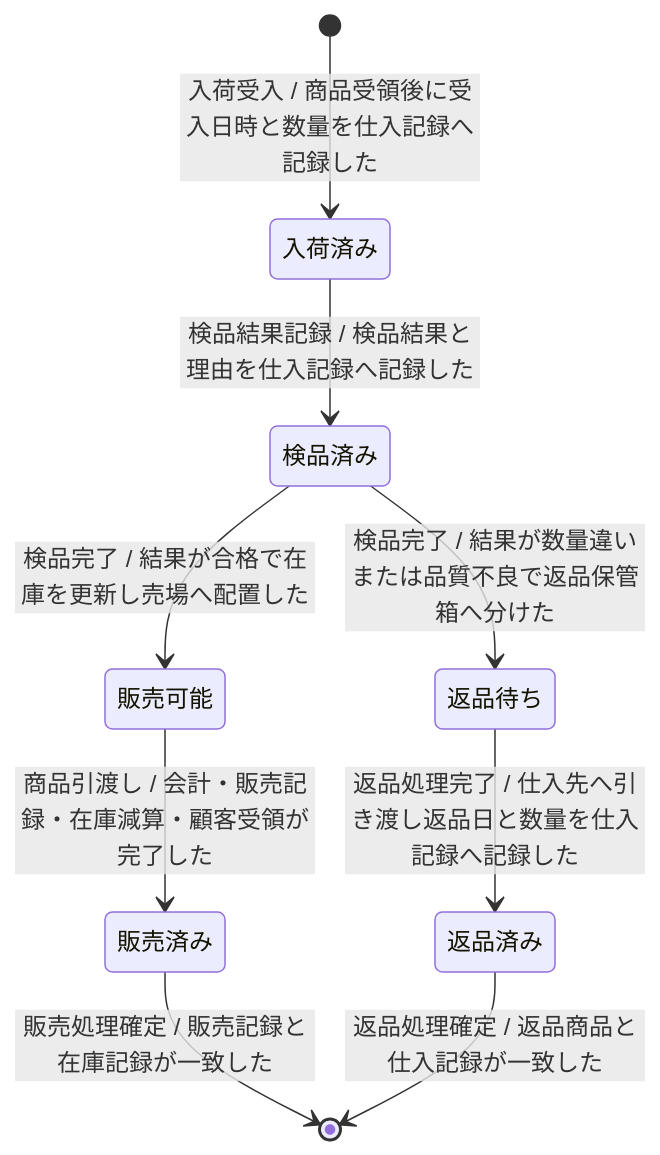
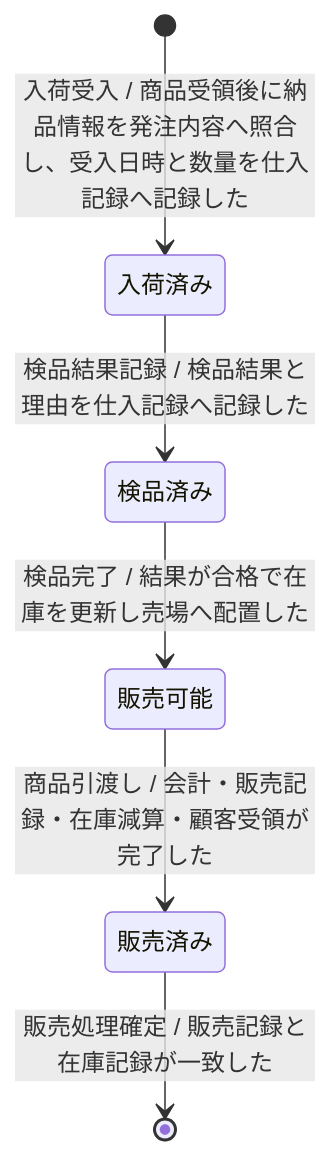
Before and after one commit to specdojo/specdojo: the first of 2 diagrams in docs/ja/specdojo/samples/stsd-sample.md, drawn with Mermaid. The commit also changed other lines of this file and 4 other files, not shown here.

Commit message:
exec(register PJR-KM8C): stsd の sample に、分割した状態遷移図の例を足す

````diff
--- a/docs/ja/specdojo/samples/stsd-sample.md
+++ b/docs/ja/specdojo/samples/stsd-sample.md
@@ -35,11 +39,12 @@
 ```mermaid
 stateDiagram-v2
-  [*] --> 入荷済み : 入荷受入 / 商品受領後に受入日時と数量を仕入記録へ記録した
-  入荷済み --> 検品済み : 検品結果記録 / 検品結果と理由を仕入記録へ記録した
-  検品済み --> 販売可能 : 検品完了 / 結果が合格で在庫を更新し売場へ配置した
-  検品済み --> 返品待ち : 検品完了 / 結果が数量違いまたは品質不良で返品保管箱へ分けた
-  販売可能 --> 販売済み : 商品引渡し / 会計・販売記録・在庫減算・顧客受領が完了した
-  返品待ち --> 返品済み : 返品処理完了 / 仕入先へ引き渡し返品日と数量を仕入記録へ記録した
-  販売済み --> [*] : 販売処理確定 / 販売記録と在庫記録が一致した
-  返品済み --> [*] : 返品処理確定 / 返品商品と仕入記録が一致した
+  state "入荷済み" as received
+  state "検品済み" as inspected
+  state "販売可能" as sellable
+  state "販売済み" as sold
+  [*] --> received : 入荷受入 / 商品受領後に納品情報を発注内容へ照合し、受入日時と数量を仕入記録へ記録した
+  received --> inspected : 検品結果記録 / 検品結果と理由を仕入記録へ記録した
+  inspected --> sellable : 検品完了 / 結果が合格で在庫を更新し売場へ配置した
+  sellable --> sold : 商品引渡し / 会計・販売記録・在庫減算・顧客受領が完了した
+  sold --> [*] : 販売処理確定 / 販売記録と在庫記録が一致した
 ```
````
